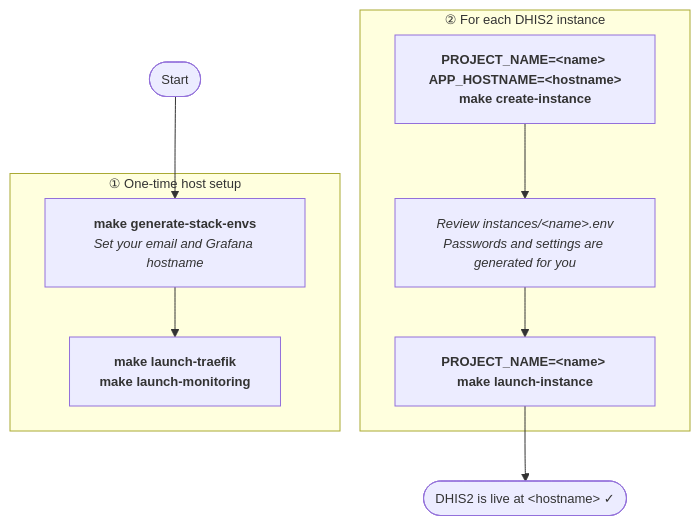
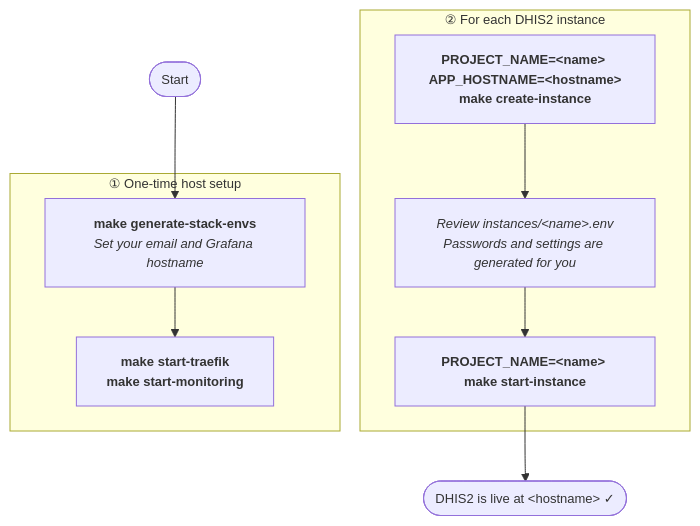
The second of 3 diagrams in README.md (dhis2/docker-deployment), drawn with Mermaid before and after one commit. The commit also changed other lines of this file and 5 other files, not shown here.

Commit message:
refactor: rename launch-* targets to start-* for consistency with stop-instance

````diff
--- a/README.md
+++ b/README.md
@@ -114,22 +114,22 @@
 ```mermaid
 %%{init: {"themeVariables": {"fontSize": "13px"}}}%%
 flowchart TD
 
     subgraph per["② For each DHIS2 instance"]
         D["<b>PROJECT_NAME=&lt;name&gt; APP_HOSTNAME=&lt;hostname&gt;<br/>make create-instance</b>"]
         E["<i>Review instances/&lt;name&gt;.env<br/>Passwords and settings are generated for you</i>"]
-        F["<b>PROJECT_NAME=&lt;name&gt; make launch-instance</b>"]
+        F["<b>PROJECT_NAME=&lt;name&gt; make start-instance</b>"]
         D --> E --> F
     end
 
     F --> G(["DHIS2 is live at &lt;hostname&gt; ✓"])
 
     A(["Start"]) --> B
 
     subgraph once["① One-time host setup"]
         B["<b>make generate-stack-envs</b><br/><i>Set your email and Grafana hostname</i>"]
-        C["<b>make launch-traefik</b><br/><b>make launch-monitoring</b>"]
+        C["<b>make start-traefik</b><br/><b>make start-monitoring</b>"]
         B --> C
     end
 
 ```
````
